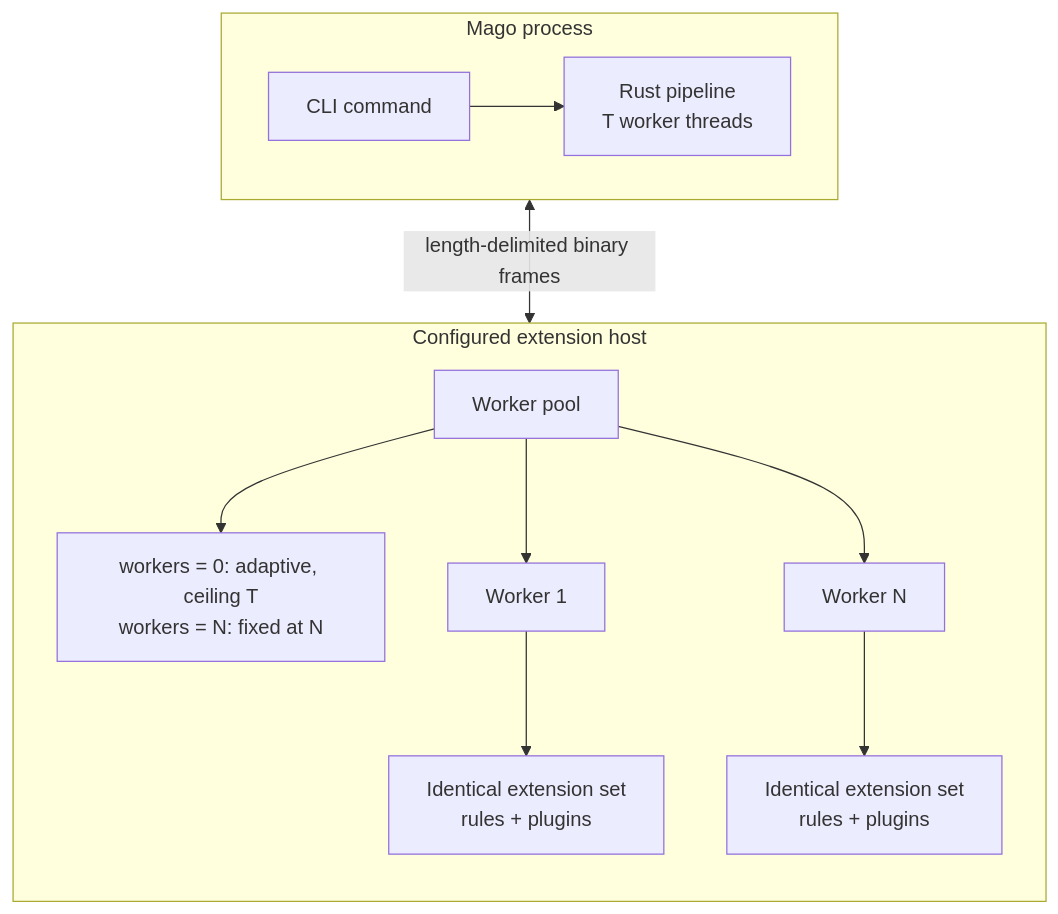
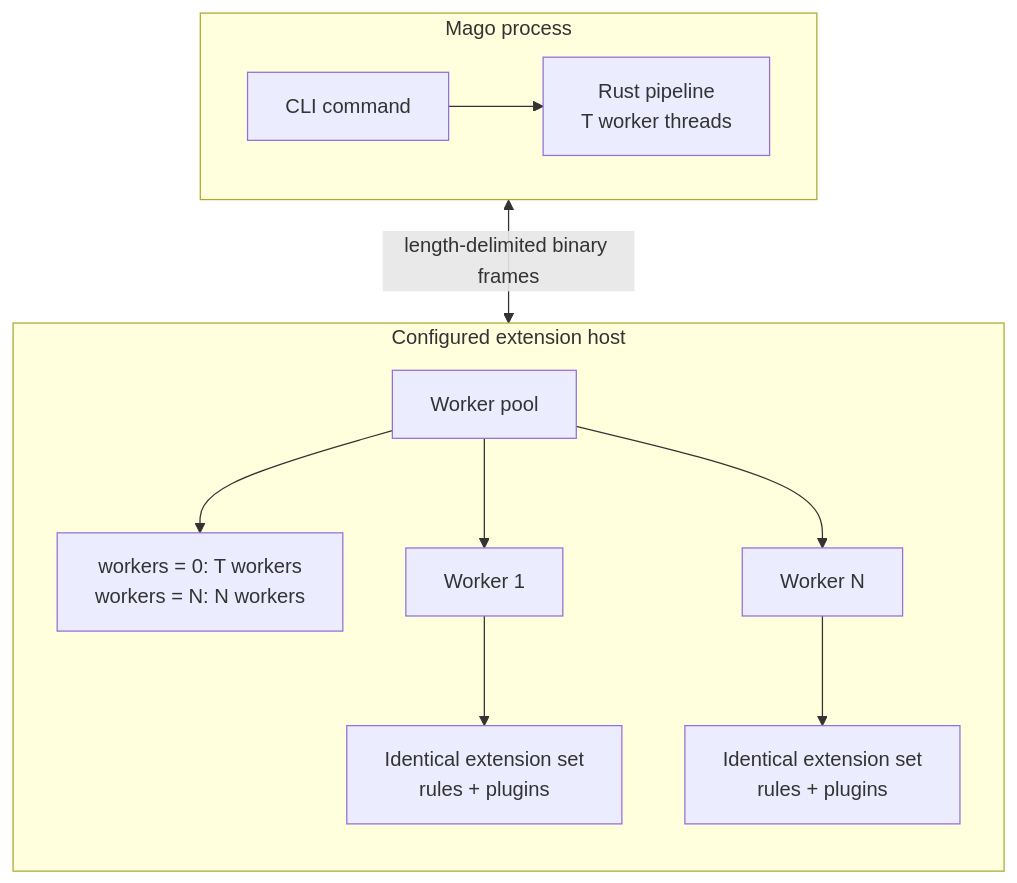
The first of 2 diagrams in docs/content/en/extensions/architecture.md (heyJordanParker/mago-sharp), drawn with Mermaid before and after one commit. The commit also changed other lines of this file and 8 other files, not shown here.

````diff
--- a/docs/content/en/extensions/architecture.md
+++ b/docs/content/en/extensions/architecture.md
@@ -13,20 +13,20 @@
 ```mermaid
 flowchart TB
     subgraph Mago["Mago process"]
         direction LR
         CLI["CLI command"] --> Pipeline["Rust pipeline<br/>T worker threads"]
     end
 
     subgraph Host["Configured extension host"]
         direction TB
         Pool["Worker pool"]
-        Mode["workers = 0: adaptive, ceiling T<br/>workers = N: fixed at N"]
+        Mode["workers = 0: T workers<br/>workers = N: N workers"]
         Pool --> Mode
         Pool --> W1["Worker 1"]
         Pool --> WN["Worker N"]
         W1 --> E1["Identical extension set<br/>rules + plugins"]
         WN --> EN["Identical extension set<br/>rules + plugins"]
     end
 
     Pipeline <-->|"length-delimited binary frames"| Pool
 ```
````
